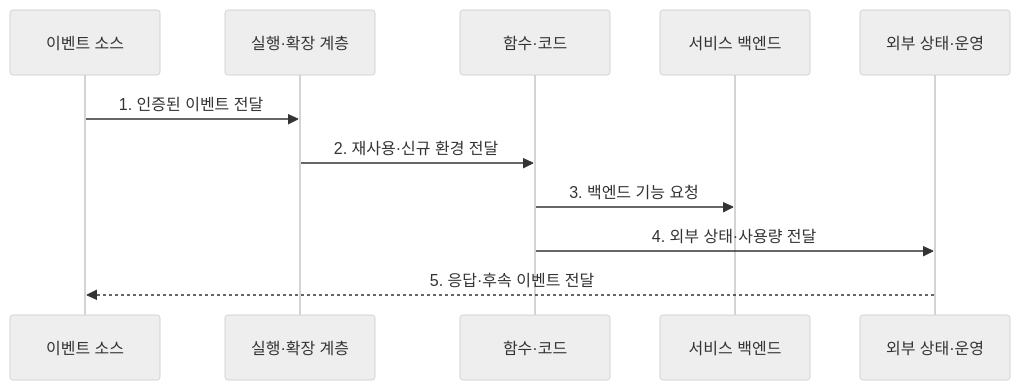
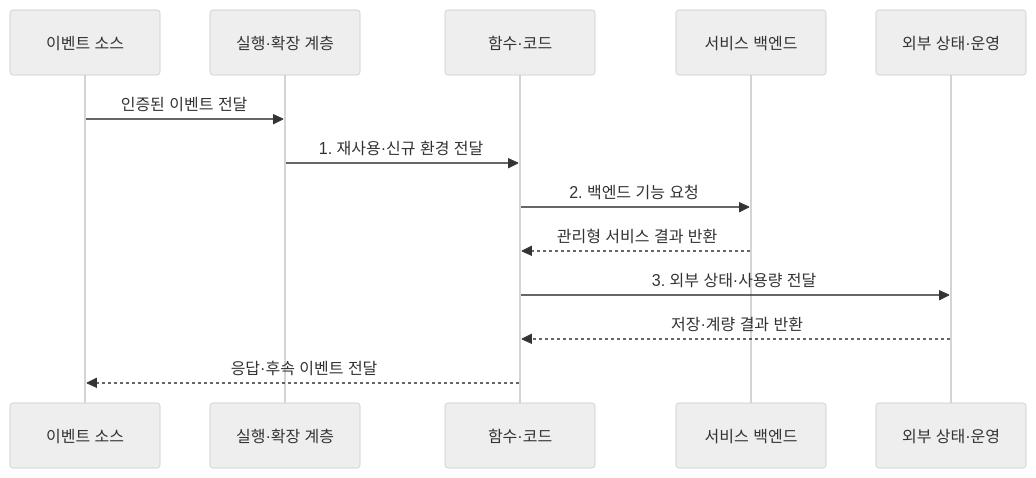
The second of 2 diagrams in src/content/docs/notes/08-latest-tech/160_serverless_computing.md (agnusdei1207/knowledge-base), drawn with Mermaid (neutral theme) before and after one commit. The commit also changed other lines of this file and 225 other files, not shown here.

````diff
--- a/src/content/docs/notes/08-latest-tech/160_serverless_computing.md
+++ b/src/content/docs/notes/08-latest-tech/160_serverless_computing.md
@@ -79,13 +79,15 @@
 ```mermaid
 sequenceDiagram
     participant E as 이벤트 소스
     participant S as 실행·확장 계층
     participant F as 함수·코드
     participant B as 서비스 백엔드
     participant O as 외부 상태·운영
-    E->>S: 1. 인증된 이벤트 전달
-    S->>F: 2. 재사용·신규 환경 전달
-    F->>B: 3. 백엔드 기능 요청
-    F->>O: 4. 외부 상태·사용량 전달
-    O-->>E: 5. 응답·후속 이벤트 전달
+    E->>S: 인증된 이벤트 전달
+    S->>F: 1. 재사용·신규 환경 전달
+    F->>B: 2. 백엔드 기능 요청
+    B-->>F: 관리형 서비스 결과 반환
+    F->>O: 3. 외부 상태·사용량 전달
+    O-->>F: 저장·계량 결과 반환
+    F-->>E: 응답·후속 이벤트 전달
 ```
````
